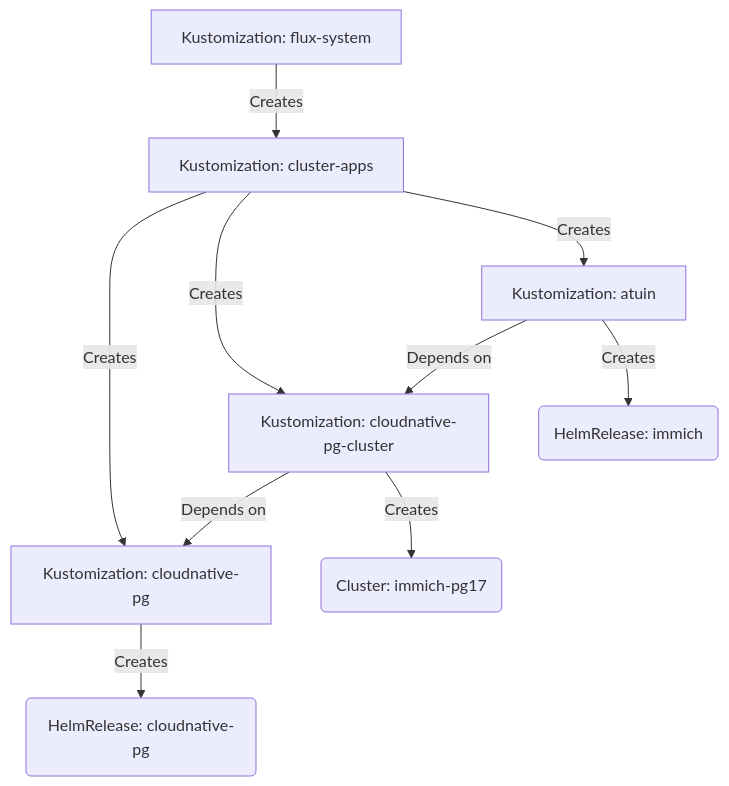
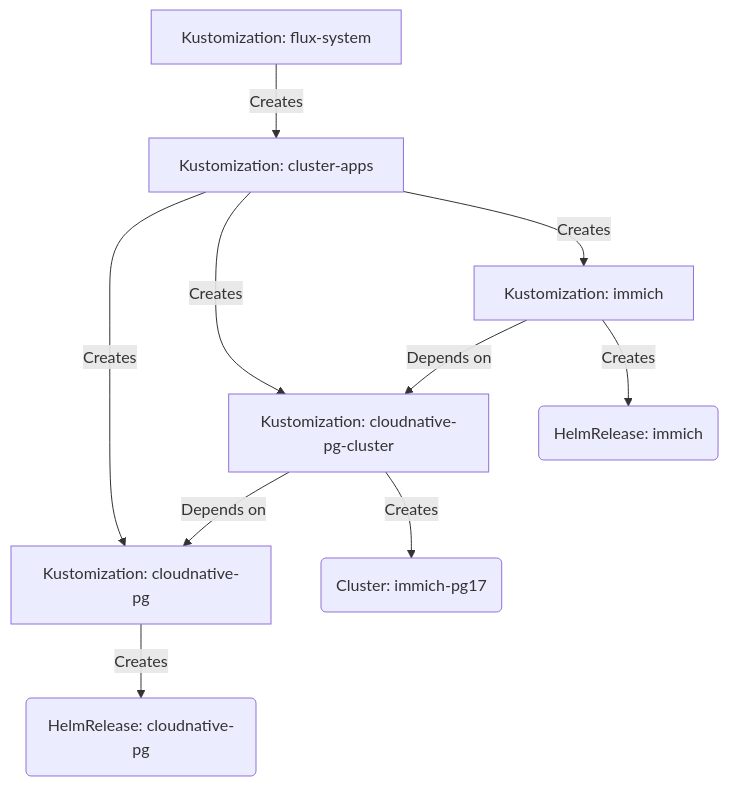
One commit to pwyde/home-ops changed the first of 2 diagrams in README.md. Above: the diagram before and after it, drawn with Mermaid.

Commit message:
chore: update readme file

````diff
--- a/README.md
+++ b/README.md
@@ -90,12 +90,12 @@
 ```mermaid
 graph TD;
   id1[Kustomization: flux-system] -->|Creates| id2[Kustomization: cluster-apps];
   id2 -->|Creates| id3[Kustomization: cloudnative-pg];
   id2 -->|Creates| id4[Kustomization: cloudnative-pg-cluster];
-  id2 -->|Creates| id5[Kustomization: atuin];
+  id2 -->|Creates| id5[Kustomization: immich];
   id3 -->|Creates| id6(HelmRelease: cloudnative-pg);
   id4 -->|Depends on| id3;
   id4 -->|Creates| id7(Cluster: immich-pg17);
   id5 -->|Depends on| id4;
   id5 -->|Creates| id8(HelmRelease: immich);
 ```
````
